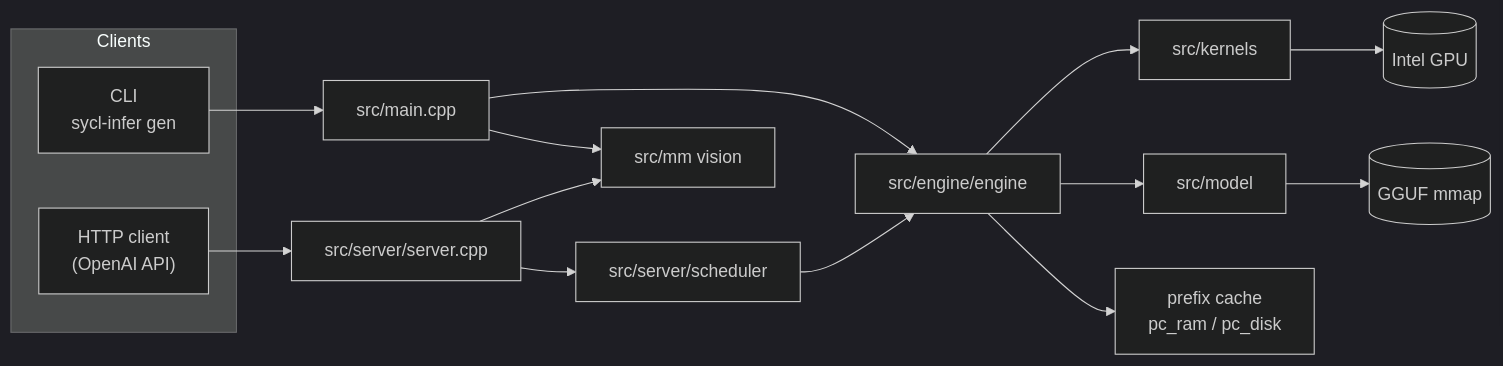
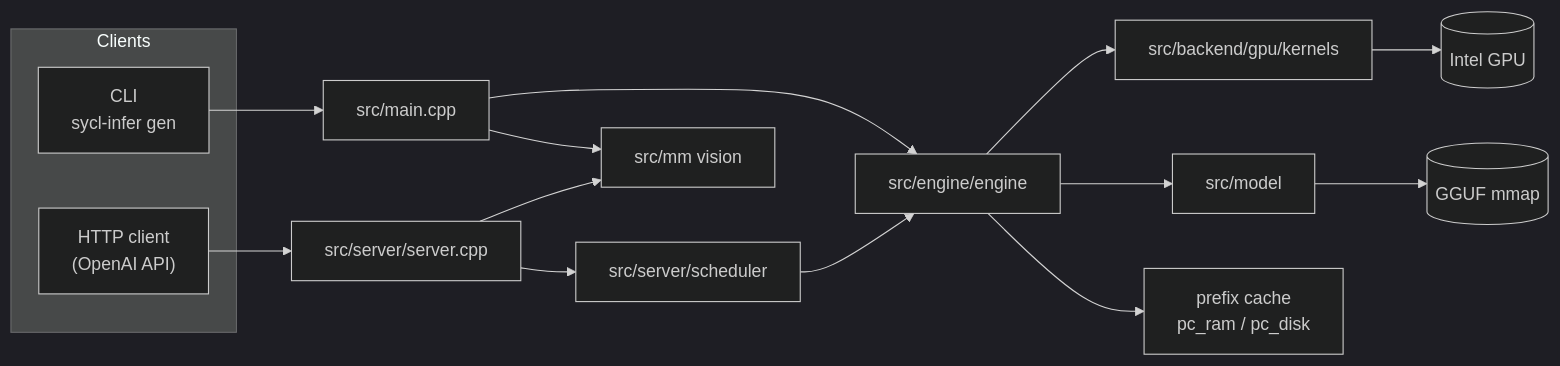
The first of 3 diagrams in docs/architecture.md (notsyncing/sycl-infer), drawn with Mermaid (dark theme) before and after one commit. The commit also changed other lines of this file and 79 other files, not shown here.

````diff
--- a/docs/architecture.md
+++ b/docs/architecture.md
@@ -37,19 +39,19 @@
 ```mermaid
 flowchart LR
     subgraph Clients
         CLI["CLI\nsycl-infer gen"]
         HTTP["HTTP client\n(OpenAI API)"]
     end
     CLI --> MAIN[src/main.cpp]
     HTTP --> SRV[src/server/server.cpp]
     MAIN --> ENG[src/engine/engine]
     SRV --> SCHED[src/server/scheduler]
     SCHED --> ENG
     MAIN --> MM[src/mm vision]
     SRV --> MM
-    ENG --> KERN[src/kernels]
+    ENG --> KERN[src/backend/gpu/kernels]
     ENG --> MODEL[src/model]
     ENG --> PC[prefix cache\npc_ram / pc_disk]
     KERN --> GPU[(Intel GPU)]
     MODEL --> GGUF[(GGUF mmap)]
 ```
````
